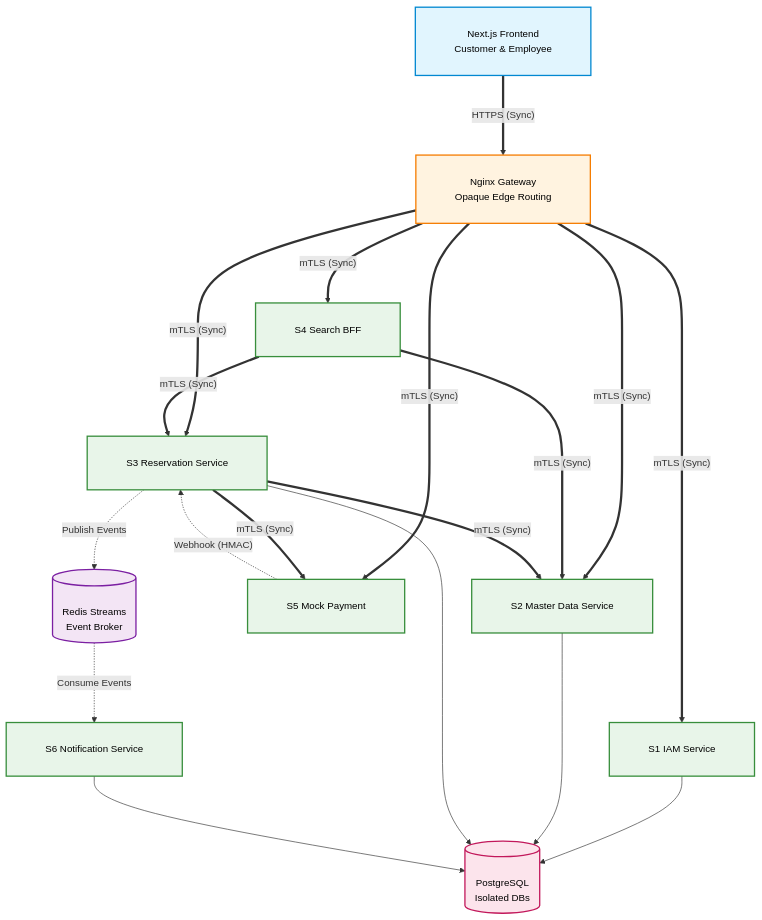
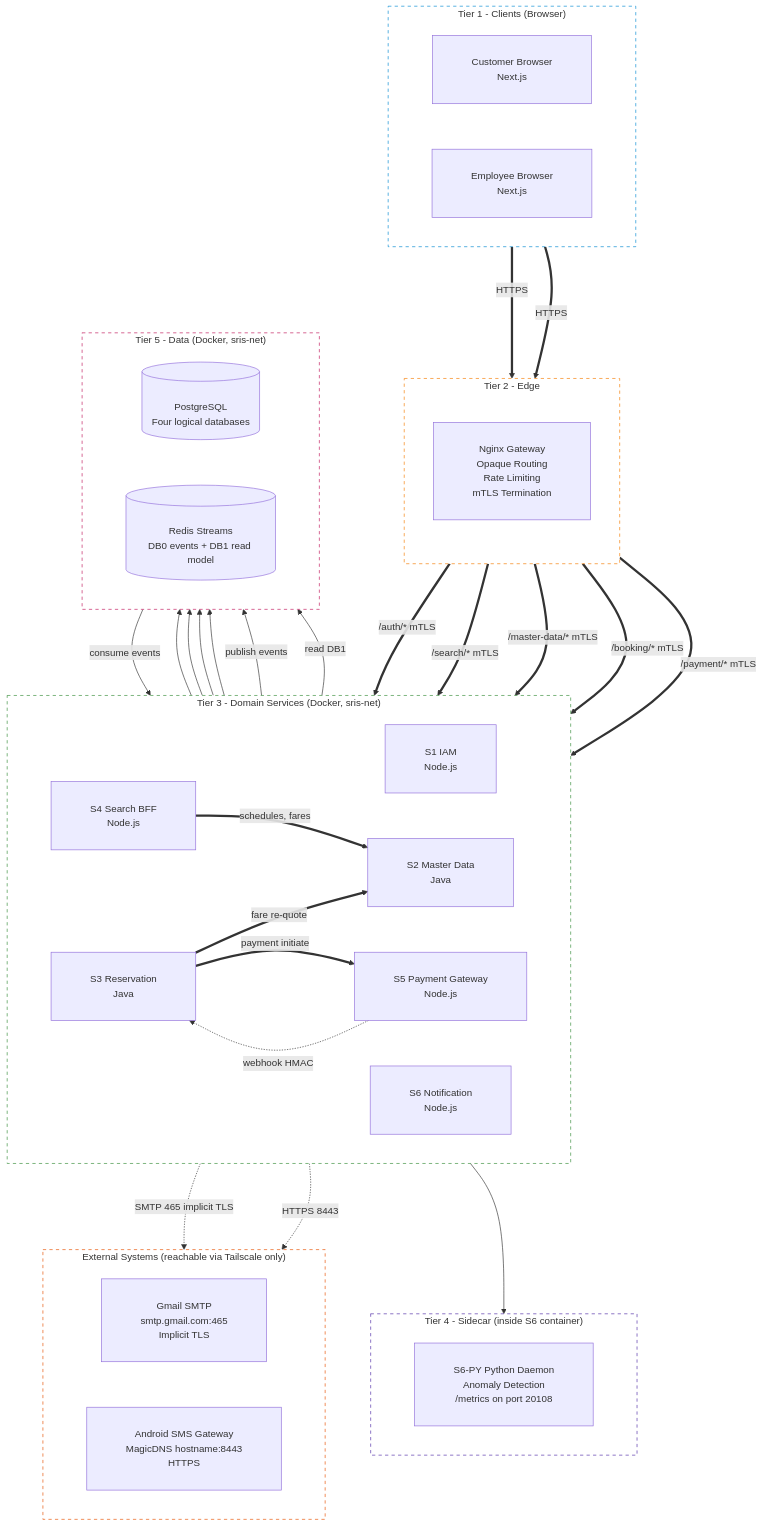
The first of 8 diagrams in docs/phase-1-foundation/wave-2-architecture/SRIS-P1-ARCH-009_ServiceInteractionAndCommunicationDesign.md (koushaljhacs/sris), drawn with Mermaid before and after one commit. The commit also changed other lines of this file, not shown here.

````diff
--- a/docs/phase-1-foundation/wave-2-architecture/SRIS-P1-ARCH-009_ServiceInteractionAndCommunicationDesign.md
+++ b/docs/phase-1-foundation/wave-2-architecture/SRIS-P1-ARCH-009_ServiceInteractionAndCommunicationDesign.md
@@ -197,7 +262,7 @@
 %%{init: {
   "flowchart": {
     "nodeSpacing": 70,
-    "rankSpacing": 100,
+    "rankSpacing": 110,
     "padding": 30,
     "curve": "basis",
     "htmlLabels": true
@@ -207,49 +272,100 @@
     "fontFamily": "Segoe UI, Arial, sans-serif"
   }
 }}%%
-flowchart TD
+flowchart TB
     %% Styling
     classDef client fill:#E1F5FE,stroke:#0288D1,stroke-width:2px,color:#000;
     classDef gateway fill:#FFF3E0,stroke:#F57C00,stroke-width:2px,color:#000;
     classDef service fill:#E8F5E9,stroke:#388E3C,stroke-width:2px,color:#000;
+    classDef sidecar fill:#D1C4E9,stroke:#512DA8,stroke-width:2px,color:#000;
     classDef db fill:#FCE4EC,stroke:#C2185B,stroke-width:2px,color:#000;
     classDef stream fill:#F3E5F5,stroke:#7B1FA2,stroke-width:2px,color:#000;
+    classDef external fill:#FFE0B2,stroke:#E65100,stroke-width:2px,color:#000;
 
-    %% Nodes
-    Frontend["Next.js Frontend<br/>Customer & Employee"]:::client
-    Gateway["Nginx Gateway<br/>Opaque Edge Routing"]:::gateway
+    %% TIER 1 - Clients
+    subgraph Tier1 ["Tier 1 - Clients (Browser)"]
+        direction LR
+        Customer["Customer Browser<br/>Next.js"]
+        Employee["Employee Browser<br/>Next.js"]
+    end
 
-    S1["S1 IAM Service"]:::service
-    S2["S2 Master Data Service"]:::service
-    S3["S3 Reservation Service"]:::service
-    S4["S4 Search BFF"]:::service
-    S5["S5 Mock Payment"]:::service
-    S6["S6 Notification Service"]:::service
+    %% TIER 2 - Edge
+    subgraph Tier2 ["Tier 2 - Edge"]
+        direction TB
+        Nginx["Nginx Gateway<br/>Opaque Routing<br/>Rate Limiting<br/>mTLS Termination"]
+    end
 
-    Redis[("Redis Streams<br/>Event Broker")]:::stream
-    Postgres[("PostgreSQL<br/>Isolated DBs")]:::db
+    %% TIER 3 - Domain Services
+    subgraph Tier3 ["Tier 3 - Domain Services (Docker, sris-net)"]
+        direction LR
+        S1["S1 IAM<br/>Node.js"]
+        S4["S4 Search BFF<br/>Node.js"]
+        S2["S2 Master Data<br/>Java"]
+        S3["S3 Reservation<br/>Java"]
+        S6["S6 Notification<br/>Node.js"]
+        S5["S5 Payment Gateway<br/>Node.js"]
+    end
 
-    %% Synchronous Edges (Solid)
-    Frontend ==>|"HTTPS (Sync)"| Gateway
-    Gateway ==>|"mTLS (Sync)"| S1
-    Gateway ==>|"mTLS (Sync)"| S2
-    Gateway ==>|"mTLS (Sync)"| S3
-    Gateway ==>|"mTLS (Sync)"| S4
-    Gateway ==>|"mTLS (Sync)"| S5
+    %% TIER 4 - Sidecar
+    subgraph Tier4 ["Tier 4 - Sidecar (inside S6 container)"]
+        direction LR
+        S6PY["S6-PY Python Daemon<br/>Anomaly Detection<br/>/metrics on port 20108"]
+    end
 
-    S4 ==>|"mTLS (Sync)"| S2
-    S4 ==>|"mTLS (Sync)"| S3
-    S3 ==>|"mTLS (Sync)"| S2
-    S3 ==>|"mTLS (Sync)"| S5
-    S5 -.->|"Webhook (HMAC)"| S3
+    %% TIER 5 - Data
+    subgraph Tier5 ["Tier 5 - Data (Docker, sris-net)"]
+        direction LR
+        PG[("PostgreSQL<br/>Four logical databases")]
+        RedisStreams[("Redis Streams<br/>DB0 events + DB1 read model")]
+    end
 
-    %% Asynchronous Edges (Dotted)
-    S3 -.->|"Publish Events"| Redis
-    Redis -.->|"Consume Events"| S6
+    %% EXTERNAL - Outside Docker network
+    subgraph External ["External Systems (reachable via Tailscale only)"]
+        direction LR
+        Gmail["Gmail SMTP<br/>smtp.gmail.com:465<br/>Implicit TLS"]
+        Android["Android SMS Gateway<br/>MagicDNS hostname:8443<br/>HTTPS"]
+    end
 
-    %% Database Edges
-    S1 --> Postgres
-    S2 --> Postgres
-    S3 --> Postgres
-    S6 --> Postgres
+    %% Tier 1 to Tier 2
+    Customer ==>|"HTTPS"| Nginx
+    Employee ==>|"HTTPS"| Nginx
+
+    %% Tier 2 to Tier 3 (Synchronous)
+    Nginx ==>|"/auth/* mTLS"| S1
+    Nginx ==>|"/search/* mTLS"| S4
+    Nginx ==>|"/master-data/* mTLS"| S2
+    Nginx ==>|"/booking/* mTLS"| S3
+    Nginx ==>|"/payment/* mTLS"| S5
+
+    %% Tier 3 internal sync
+    S4 ==>|"schedules, fares"| S2
+    S3 ==>|"fare re-quote"| S2
+    S3 ==>|"payment initiate"| S5
+    S5 -.->|"webhook HMAC"| S3
+
+    %% Tier 3 to Tier 5
+    S1 --> PG
+    S2 --> PG
+    S3 --> PG
+    S6 --> PG
+
+    %% Tier 3 to Redis
+    S3 -->|"publish events"| RedisStreams
+    S4 -->|"read DB1"| RedisStreams
+    RedisStreams -->|"consume events"| S6
+
+    %% Tier 3 to Sidecar
+    S6 --> S6PY
+
+    %% Tier 3 to External
+    S6 -.->|"SMTP 465 implicit TLS"| Gmail
+    S6 -.->|"HTTPS 8443"| Android
+
+    %% Subgraph styling
+    style Tier1 fill:#FFFFFF,stroke:#0288D1,stroke-width:1px,stroke-dasharray:5 5
+    style Tier2 fill:#FFFFFF,stroke:#F57C00,stroke-width:1px,stroke-dasharray:5 5
+    style Tier3 fill:#FFFFFF,stroke:#388E3C,stroke-width:1px,stroke-dasharray:5 5
+    style Tier4 fill:#FFFFFF,stroke:#512DA8,stroke-width:1px,stroke-dasharray:5 5
+    style Tier5 fill:#FFFFFF,stroke:#C2185B,stroke-width:1px,stroke-dasharray:5 5
+    style External fill:#FFFFFF,stroke:#E65100,stroke-width:1px,stroke-dasharray:5 5
 ```
````
